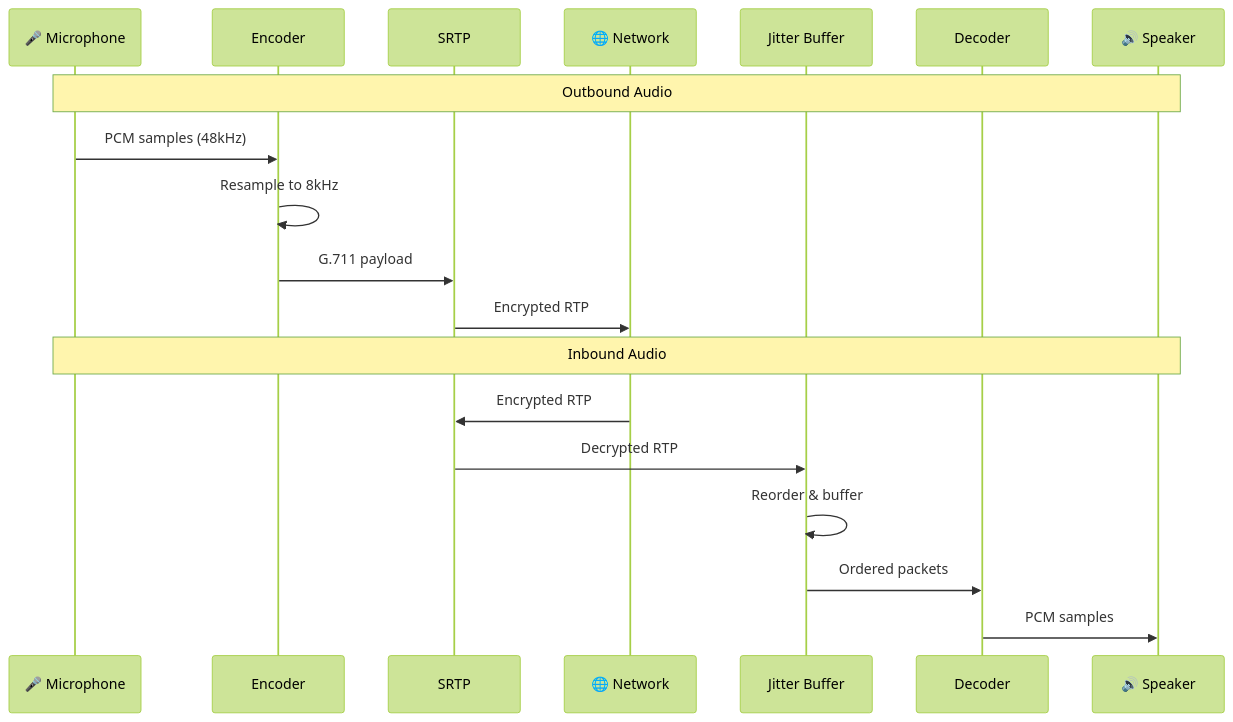
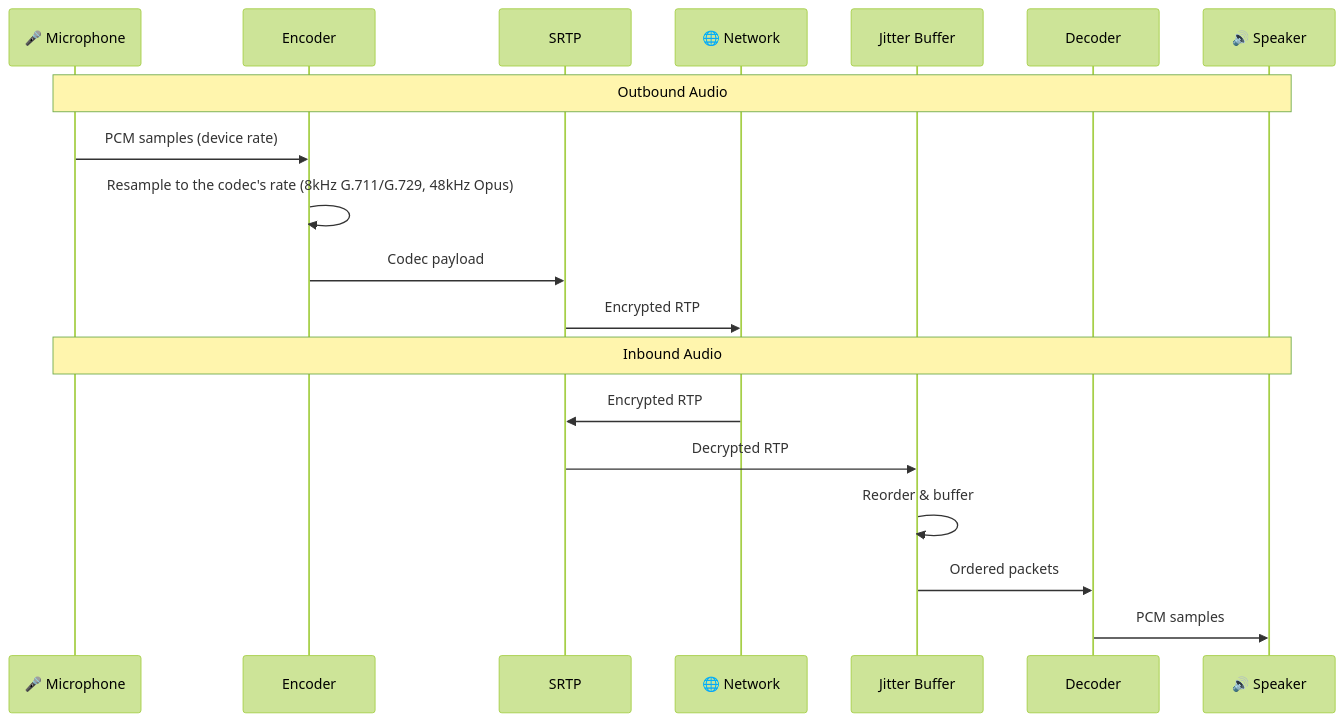
One commit to 5060-Solutions/rtp-engine changed the second of 2 diagrams in README.md. Above: the diagram before and after it, drawn with Mermaid (forest theme). The commit also changed other lines of this file and 5 other files, not shown here.

````diff
--- a/README.md
+++ b/README.md
@@ -323,23 +323,23 @@
 ```mermaid
 sequenceDiagram
     participant Mic as 🎤 Microphone
     participant Enc as Encoder
     participant SRTP as SRTP
     participant Net as 🌐 Network
     participant Jitter as Jitter Buffer
     participant Dec as Decoder
     participant Spk as 🔊 Speaker
 
     Note over Mic,Spk: Outbound Audio
-    Mic->>Enc: PCM samples (48kHz)
-    Enc->>Enc: Resample to 8kHz
-    Enc->>SRTP: G.711 payload
+    Mic->>Enc: PCM samples (device rate)
+    Enc->>Enc: Resample to the codec's rate (8kHz G.711/G.729, 48kHz Opus)
+    Enc->>SRTP: Codec payload
     SRTP->>Net: Encrypted RTP
 
     Note over Mic,Spk: Inbound Audio  
     Net->>SRTP: Encrypted RTP
     SRTP->>Jitter: Decrypted RTP
     Jitter->>Jitter: Reorder & buffer
     Jitter->>Dec: Ordered packets
     Dec->>Spk: PCM samples
 ```
````
